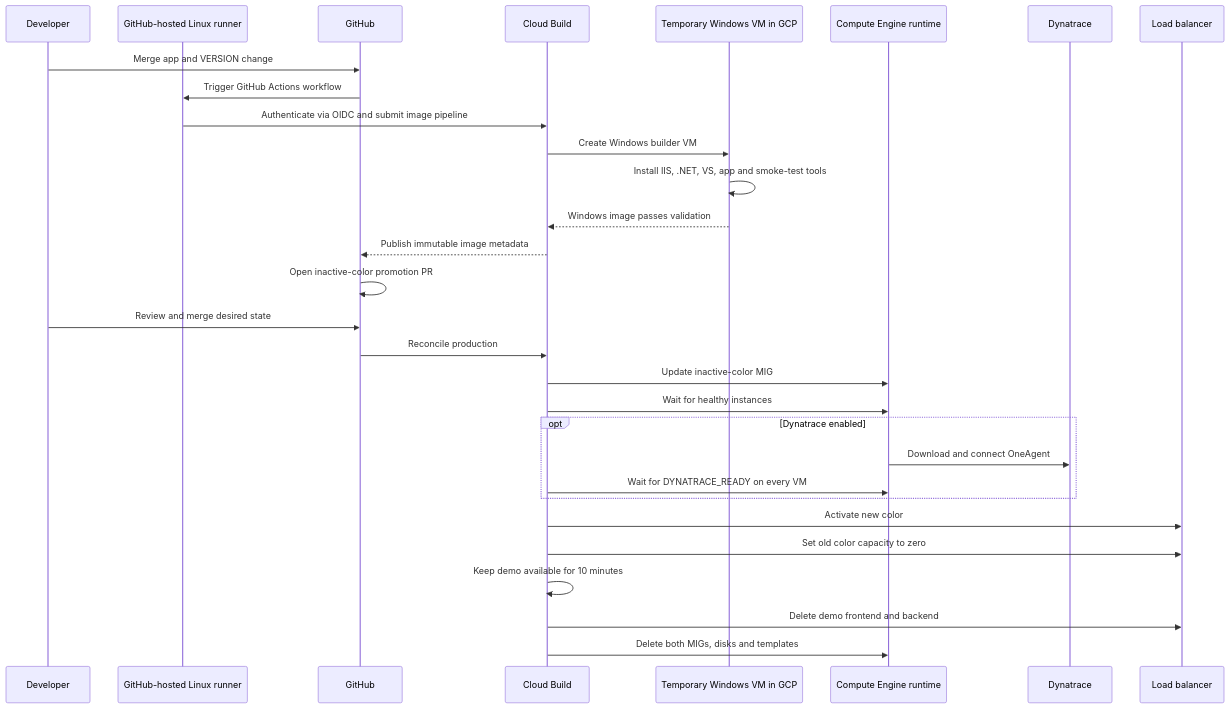
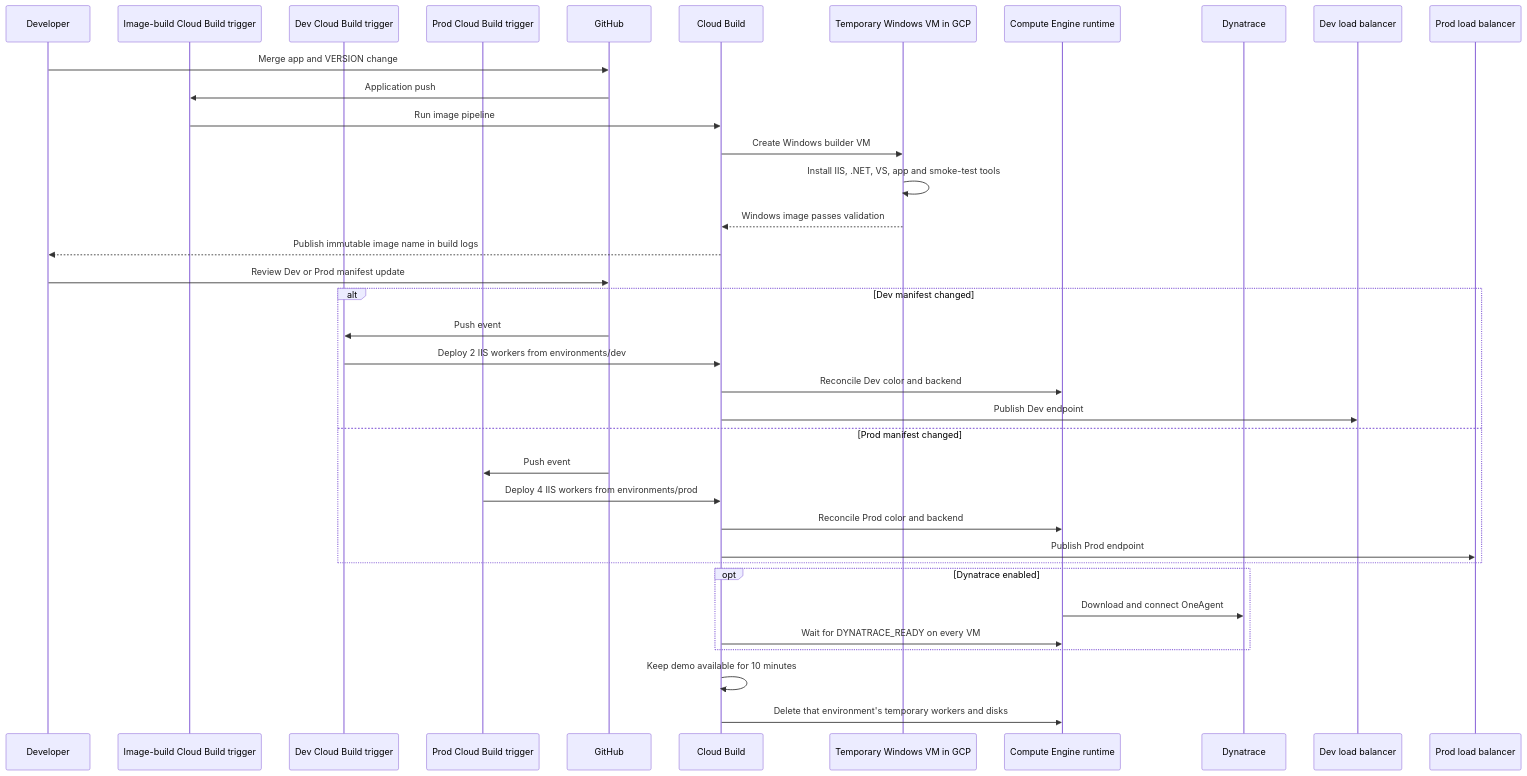
Before and after one commit to Deck-J/GCP_Windows_GitOps_Demo: the diagram in docs/architecture.md, drawn with Mermaid. The commit also changed other lines of this file and 49 other files, not shown here.

Commit message:
Organize repository and add Dev/Prod deployments

````diff
--- a/docs/architecture.md
+++ b/docs/architecture.md
@@ -5,33 +5,40 @@
 ```mermaid
 sequenceDiagram
     participant Dev as Developer
-    participant GH as GitHub-hosted Linux runner
+    participant ImageTrigger as Image-build Cloud Build trigger
+    participant DevTrigger as Dev Cloud Build trigger
+    participant ProdTrigger as Prod Cloud Build trigger
     participant Git as GitHub
     participant Build as Cloud Build
     participant Win as Temporary Windows VM in GCP
     participant GCE as Compute Engine runtime
     participant DT as Dynatrace
-    participant LB as Load balancer
+    participant DevLB as Dev load balancer
+    participant ProdLB as Prod load balancer
 
     Dev->>Git: Merge app and VERSION change
-    Git->>GH: Trigger GitHub Actions workflow
-    GH->>Build: Authenticate via OIDC and submit image pipeline
+    Git->>ImageTrigger: Application push
+    ImageTrigger->>Build: Run image pipeline
     Build->>Win: Create Windows builder VM
     Win->>Win: Install IIS, .NET, VS, app and smoke-test tools
     Win-->>Build: Windows image passes validation
-    Build-->>Git: Publish immutable image metadata
-    Git->>Git: Open inactive-color promotion PR
-    Dev->>Git: Review and merge desired state
-    Git->>Build: Reconcile production
-    Build->>GCE: Update inactive-color MIG
-    Build->>GCE: Wait for healthy instances
+    Build-->>Dev: Publish immutable image name in build logs
+    Dev->>Git: Review Dev or Prod manifest update
+    alt Dev manifest changed
+        Git->>DevTrigger: Push event
+        DevTrigger->>Build: Deploy 2 IIS workers from environments/dev
+        Build->>GCE: Reconcile Dev color and backend
+        Build->>DevLB: Publish Dev endpoint
+    else Prod manifest changed
+        Git->>ProdTrigger: Push event
+        ProdTrigger->>Build: Deploy 4 IIS workers from environments/prod
+        Build->>GCE: Reconcile Prod color and backend
+        Build->>ProdLB: Publish Prod endpoint
+    end
     opt Dynatrace enabled
         GCE->>DT: Download and connect OneAgent
         Build->>GCE: Wait for DYNATRACE_READY on every VM
     end
-    Build->>LB: Activate new color
-    Build->>LB: Set old color capacity to zero
     Build->>Build: Keep demo available for 10 minutes
-    Build->>LB: Delete demo frontend and backend
-    Build->>GCE: Delete both MIGs, disks and templates
+    Build->>GCE: Delete that environment's temporary workers and disks
 ```
````
